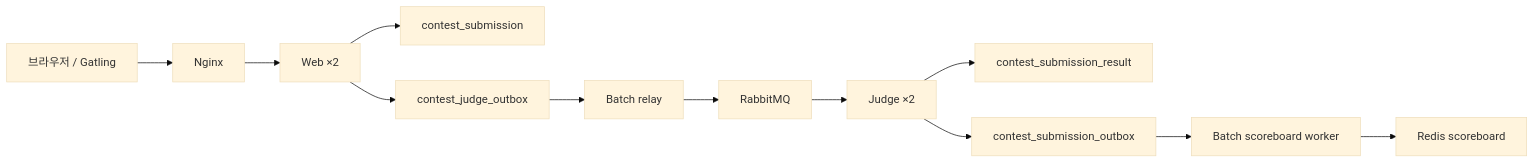
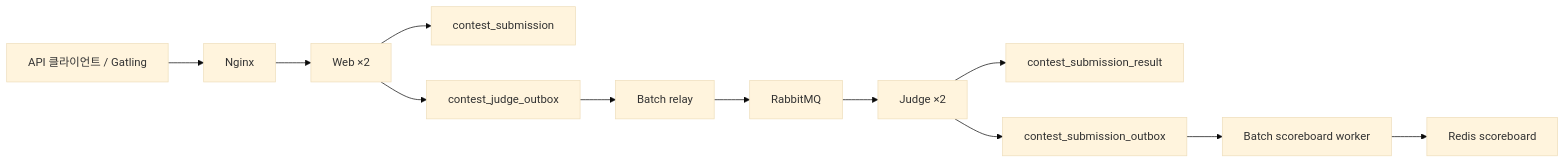
Before and after one commit to tmdrud0/web: the diagram in docs/ARCHITECTURE.md, drawn with Mermaid (base theme). The commit also changed other lines of this file and 83 other files, not shown here.

````diff
--- a/docs/ARCHITECTURE.md
+++ b/docs/ARCHITECTURE.md
@@ -17,14 +17,14 @@
 ```mermaid
 flowchart LR
-    Client["브라우저 / Gatling"] --> Nginx
+    Client["API 클라이언트 / Gatling"] --> Nginx
     Nginx --> Web["Web ×2"]
     Web --> Submission["contest_submission"]
     Web --> JudgeOutbox["contest_judge_outbox"]
     JudgeOutbox --> Batch["Batch relay"]
     Batch --> RabbitMQ
     RabbitMQ --> Judge["Judge ×2"]
     Judge --> Result["contest_submission_result"]
     Judge --> ScoreOutbox["contest_submission_outbox"]
     ScoreOutbox --> ScoreBatch["Batch scoreboard worker"]
     ScoreBatch --> Redis["Redis scoreboard"]
 ```
````
